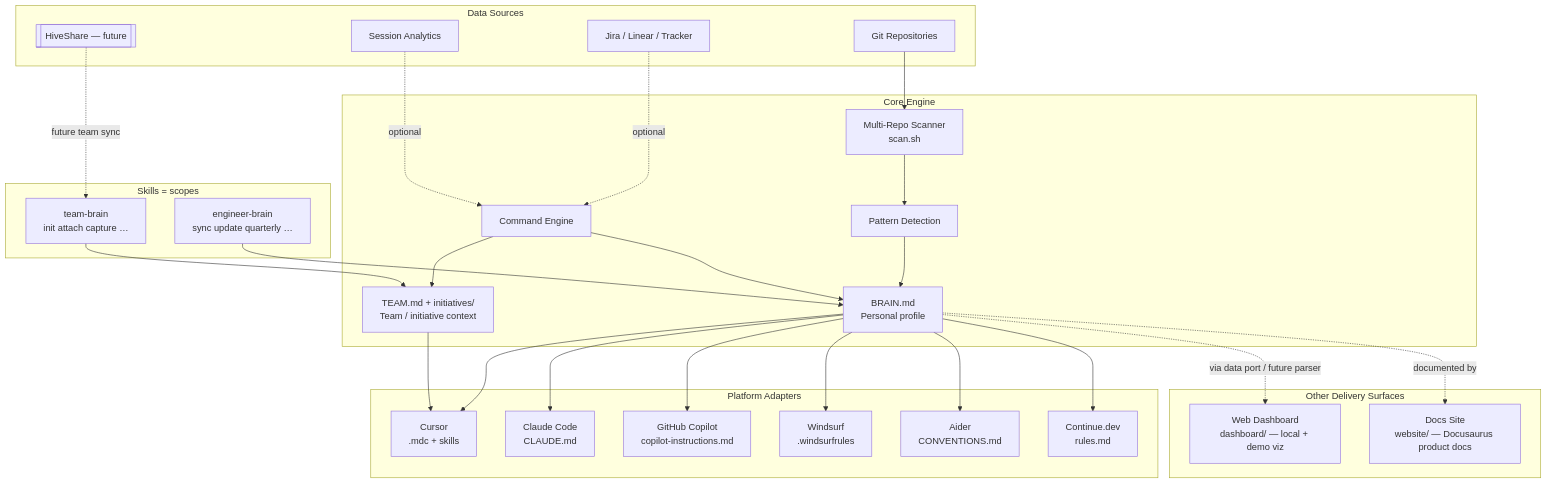
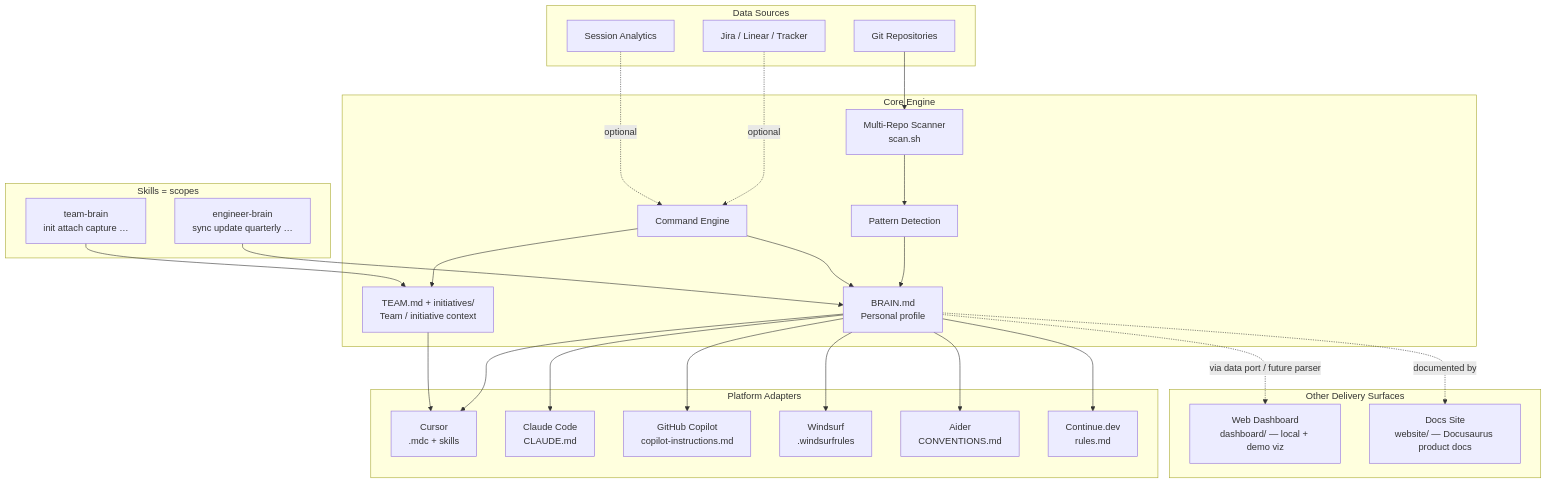
One commit to Hrithik-Gavankar/brainstack changed the first of 6 diagrams in docs/architecture.md. Above: the diagram before and after it, drawn with Mermaid. The commit also changed other lines of this file and 12 other files, not shown here.

First line of the commit message:
docs(team-brain): present Brain product with git sync only

````diff
--- a/docs/architecture.md
+++ b/docs/architecture.md
@@ -12,56 +12,54 @@
 ```mermaid
 flowchart TD
     subgraph Sources["Data Sources"]
         GIT[Git Repositories]
         JIRA[Jira / Linear / Tracker]
         SESS[Session Analytics]
-        HS[[HiveShare — future]]
     end
 
     subgraph Core["Core Engine"]
         SCAN[Multi-Repo Scanner<br/>scan.sh]
         PATTERN[Pattern Detection]
         BRAIN[BRAIN.md<br/>Personal profile]
         TEAM[TEAM.md + initiatives/<br/>Team / initiative context]
         CMD[Command Engine]
     end
 
     subgraph Skills["Skills = scopes"]
         EB[engineer-brain<br/>sync update quarterly …]
         TB[team-brain<br/>init attach capture …]
     end
 
     subgraph Adapters["Platform Adapters"]
         CUR[Cursor<br/>.mdc + skills]
         CLA[Claude Code<br/>CLAUDE.md]
         COP[GitHub Copilot<br/>copilot-instructions.md]
         WIN[Windsurf<br/>.windsurfrules]
         AID[Aider<br/>CONVENTIONS.md]
         CON[Continue.dev<br/>rules.md]
     end
 
     subgraph Surfaces["Other Delivery Surfaces"]
         DASH[Web Dashboard<br/>dashboard/ — local + demo viz]
         DOCS[Docs Site<br/>website/ — Docusaurus product docs]
     end
 
     GIT --> SCAN
     JIRA -.->|optional| CMD
     SESS -.->|optional| CMD
-    HS -.->|future team sync| TB
     SCAN --> PATTERN
     PATTERN --> BRAIN
     CMD --> BRAIN
     CMD --> TEAM
     EB --> BRAIN
     TB --> TEAM
     BRAIN --> CUR
     TEAM --> CUR
     BRAIN --> CLA
     BRAIN --> COP
     BRAIN --> WIN
     BRAIN --> AID
     BRAIN --> CON
     BRAIN -.->|via data port / future parser| DASH
     BRAIN -.->|documented by| DOCS
 ```
````
